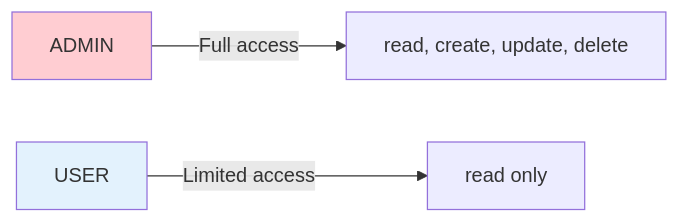
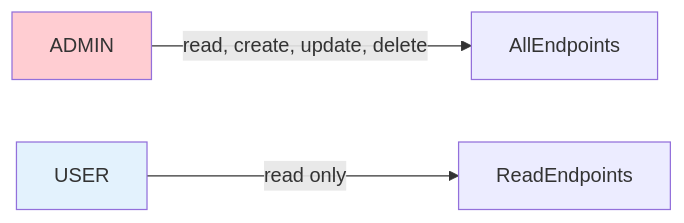
The third of 3 diagrams in docs/architecture/patterns/security-patterns.md (Keglev/stockease), drawn with Mermaid before and after one commit. The commit also changed other lines of this file and 45 other files, not shown here.

Commit message:
refactored and reviewed all architecture docs; fix broken links in .html file for displaying the docs

````diff
--- a/docs/architecture/patterns/security-patterns.md
+++ b/docs/architecture/patterns/security-patterns.md
@@ -135,8 +74,8 @@
 ```mermaid
 graph LR
-    A[ADMIN] -->|Full access| B[read, create, update, delete]
-    C[USER] -->|Limited access| D[read only]
-    
-    style A fill:#ffcdd2
-    style C fill:#e3f2fd
+    ADMIN -->|read, create, update, delete| AllEndpoints
+    USER -->|read only| ReadEndpoints
+
+    style ADMIN fill:#ffcdd2
+    style USER fill:#e3f2fd
 ```
````
